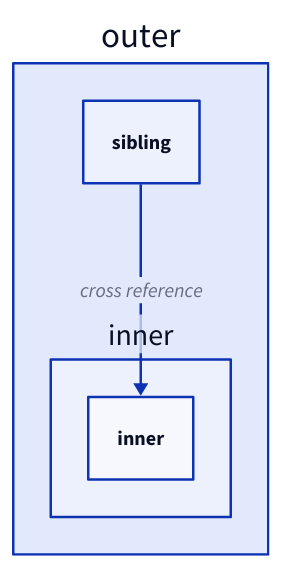
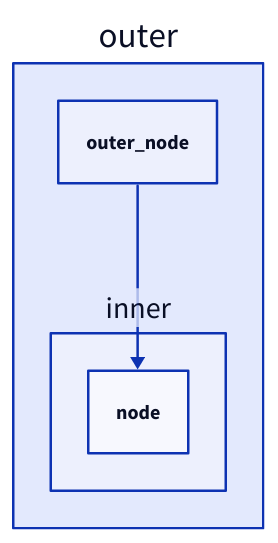
The eighth of 24 diagrams in docs/kroki/d2/syntax-rules.md (chyax98/DiagramAI), drawn with D2 before and after one commit. The commit also changed other lines of this file and 52 other files, not shown here.

````diff
--- a/docs/kroki/d2/syntax-rules.md
+++ b/docs/kroki/d2/syntax-rules.md
@@ -163,9 +105,9 @@
 ```d2
 outer: {
   inner: {
-    # _ 引用父容器 (outer)
-    _.sibling -> inner: cross reference
+    node
+    _.outer_node -> node  # 引用父级的 outer_node
   }
-  sibling
+  outer_node
 }
 ```
````
